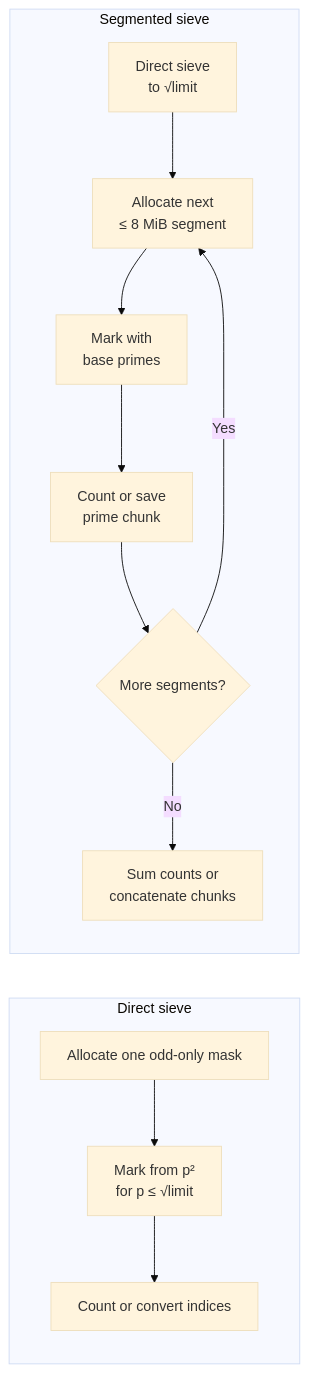
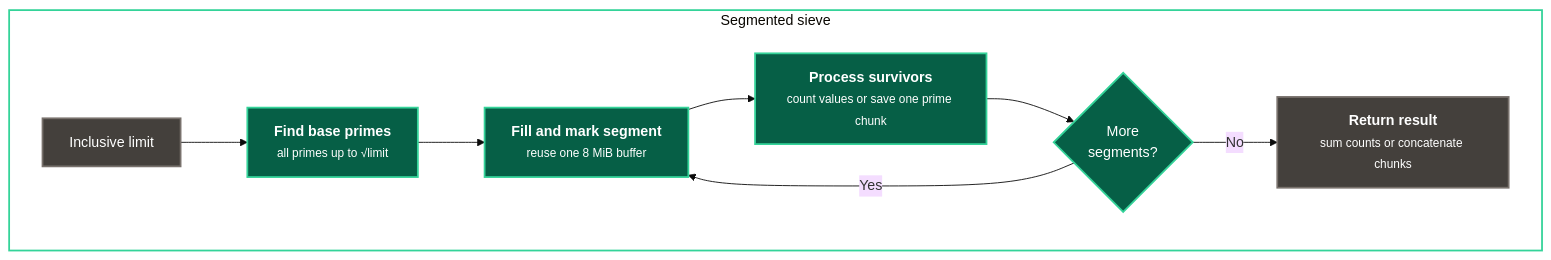
One commit to hypercube-xyz/numpy-sieve-of-eratosthenes changed the second of 2 diagrams in README.md. Above: the diagram before and after it, drawn with Mermaid (base theme). The commit also changed other lines of this file and 4 other files, not shown here.

Commit message:
perf(main): reuse segmented sieve buffer

````diff
--- a/README.md
+++ b/README.md
@@ -151,21 +188,28 @@
 ```mermaid
 flowchart LR
-    subgraph D["Direct sieve"]
-        D1["Allocate one odd-only mask"]
-        D2["Mark from p²<br/>for p ≤ √limit"]
-        D3["Count or convert indices"]
-        D1 --> D2 --> D3
+    subgraph segmented["Segmented sieve"]
+        direction LR
+
+        S0["Inclusive limit"]
+        S1["<b>Find base primes</b><br/><small>all primes up to √limit</small>"]
+        S2["<b>Fill and mark segment</b><br/><small>reuse one 8 MiB buffer</small>"]
+        S3["<b>Process survivors</b><br/><small>count values or save one prime chunk</small>"]
+        Q{"More<br/>segments?"}
+        S4["<b>Return result</b><br/><small>sum counts or concatenate chunks</small>"]
+
+        S0 --> S1
+        S1 --> S2
+        S2 --> S3
+        S3 --> Q
+        Q -->|No| S4
+        Q -->|Yes| S2
     end
 
-    subgraph S["Segmented sieve"]
-        S1["Direct sieve<br/>to √limit"]
-        S2["Allocate next<br/>≤ 8 MiB segment"]
-        S3["Mark with<br/>base primes"]
-        S4["Count or save<br/>prime chunk"]
-        S5{"More segments?"}
-        S6["Sum counts or<br/>concatenate chunks"]
-        S1 --> S2 --> S3 --> S4 --> S5
-        S5 -->|"Yes"| S2
-        S5 -->|"No"| S6
-    end
+    classDef shared fill:#44403c,stroke:#78716c,stroke-width:2px,color:#ffffff
+    classDef segmentedStep fill:#065f46,stroke:#34d399,stroke-width:2px,color:#ffffff
+
+    class S0,S4 shared
+    class S1,S2,S3,Q segmentedStep
+
+    style segmented fill:transparent,stroke:#34d399,stroke-width:2px
 ```
````
